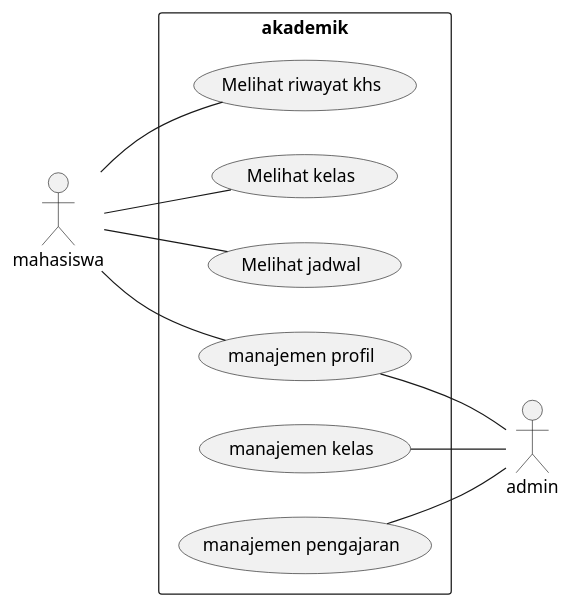
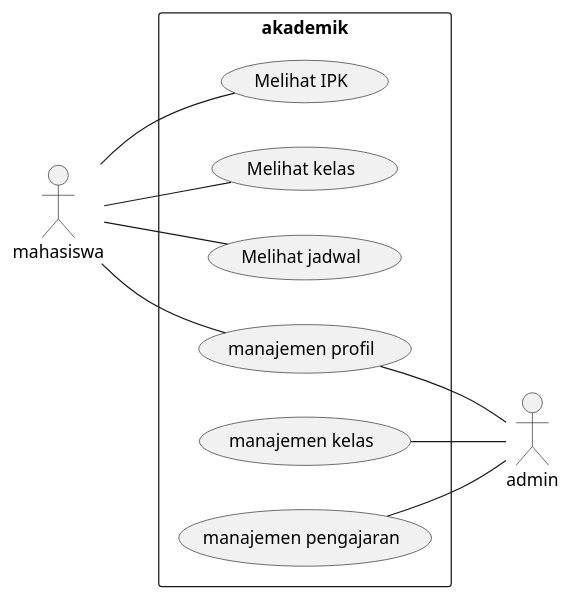
The diagram in UML/Use Case.puml (dhymasriyanto/shamy), drawn with PlantUML before and after one commit. The commit also changed 10 other files, not shown here.

```diff
--- a/UML/Use Case.puml
+++ b/UML/Use Case.puml
@@ -1,15 +1,15 @@
-@startuml
+@startuml usecase_akademik
 left to right direction
 skinparam packageStyle rectangle
 actor mahasiswa
 actor admin
 rectangle akademik {
-    mahasiswa -- (Melihat riwayat khs)
+    mahasiswa -- (Melihat IPK)
     mahasiswa -- (Melihat kelas)
     mahasiswa -- (Melihat jadwal)
     mahasiswa -- (manajemen profil)
     (manajemen profil) -- admin
     (manajemen kelas) -- admin
     (manajemen pengajaran) -- admin
 }
 @enduml
```
